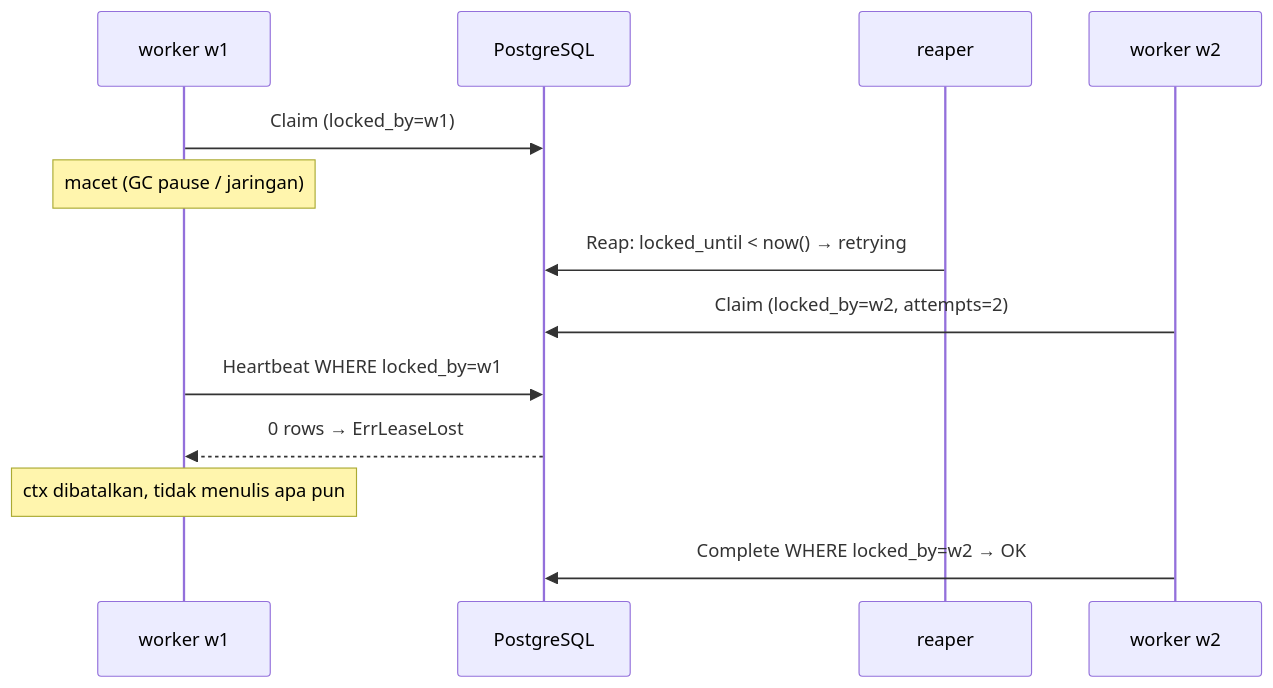
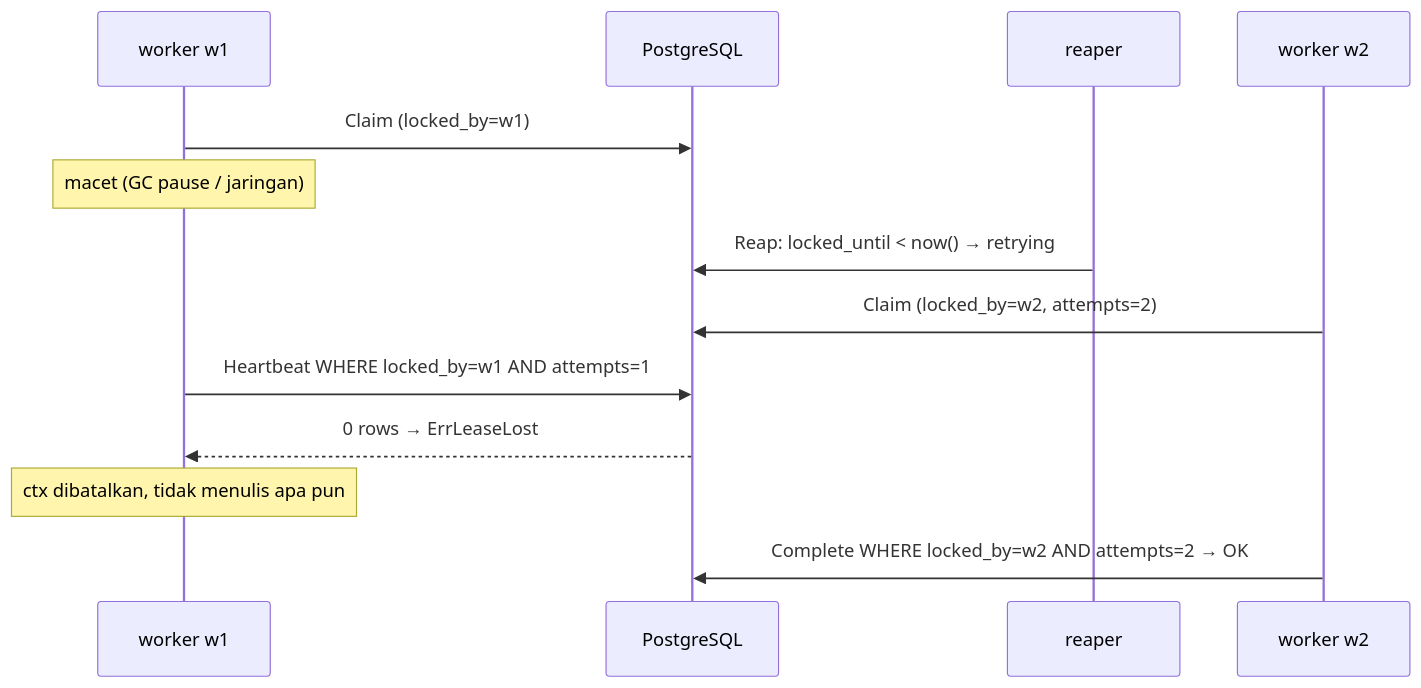
One commit to MFarrelAkbar1/ForgeQ-Backend changed the diagram in docs/belajar/03-lease-heartbeat-fencing.md. Above: the diagram before and after it, drawn with Mermaid. The commit also changed other lines of this file, not shown here.

````diff
--- a/docs/belajar/03-lease-heartbeat-fencing.md
+++ b/docs/belajar/03-lease-heartbeat-fencing.md
@@ -106,15 +139,15 @@
 ```mermaid
 sequenceDiagram
     participant W1 as worker w1
     participant DB as PostgreSQL
     participant R as reaper
     participant W2 as worker w2
     W1->>DB: Claim (locked_by=w1)
     Note over W1: macet (GC pause / jaringan)
     R->>DB: Reap: locked_until < now() → retrying
     W2->>DB: Claim (locked_by=w2, attempts=2)
-    W1->>DB: Heartbeat WHERE locked_by=w1
+    W1->>DB: Heartbeat WHERE locked_by=w1 AND attempts=1
     DB-->>W1: 0 rows → ErrLeaseLost
     Note over W1: ctx dibatalkan, tidak menulis apa pun
-    W2->>DB: Complete WHERE locked_by=w2 → OK
+    W2->>DB: Complete WHERE locked_by=w2 AND attempts=2 → OK
 ```
````
